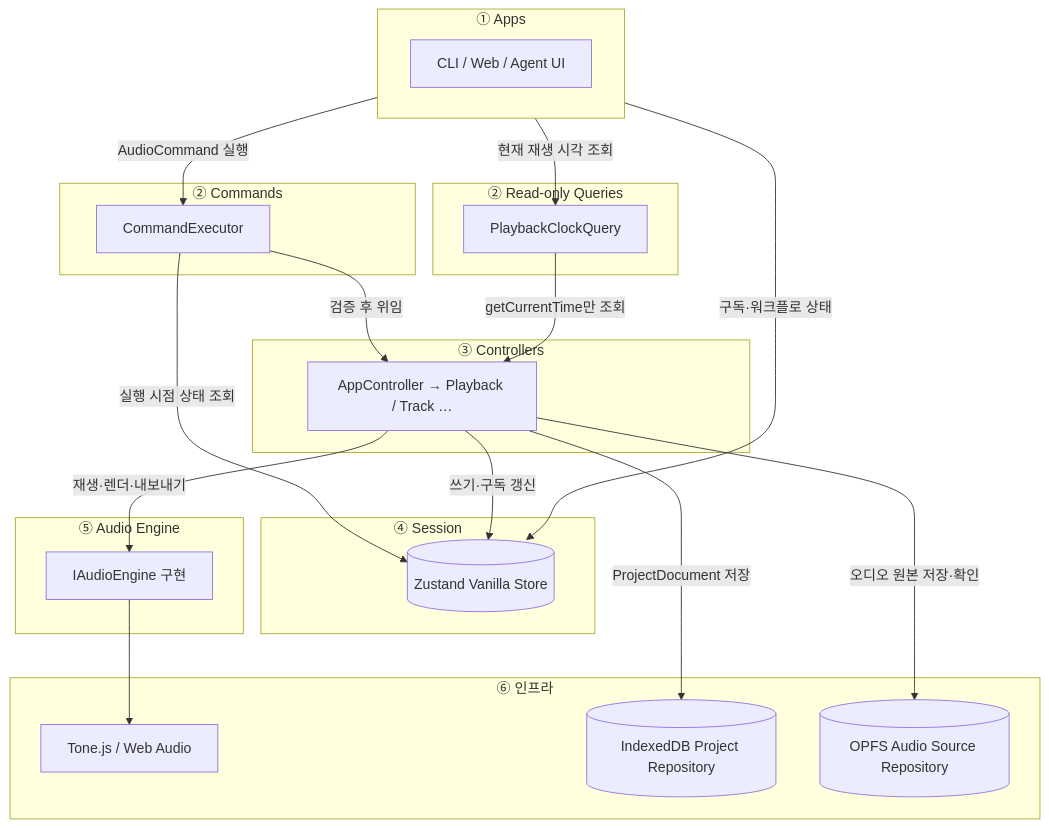
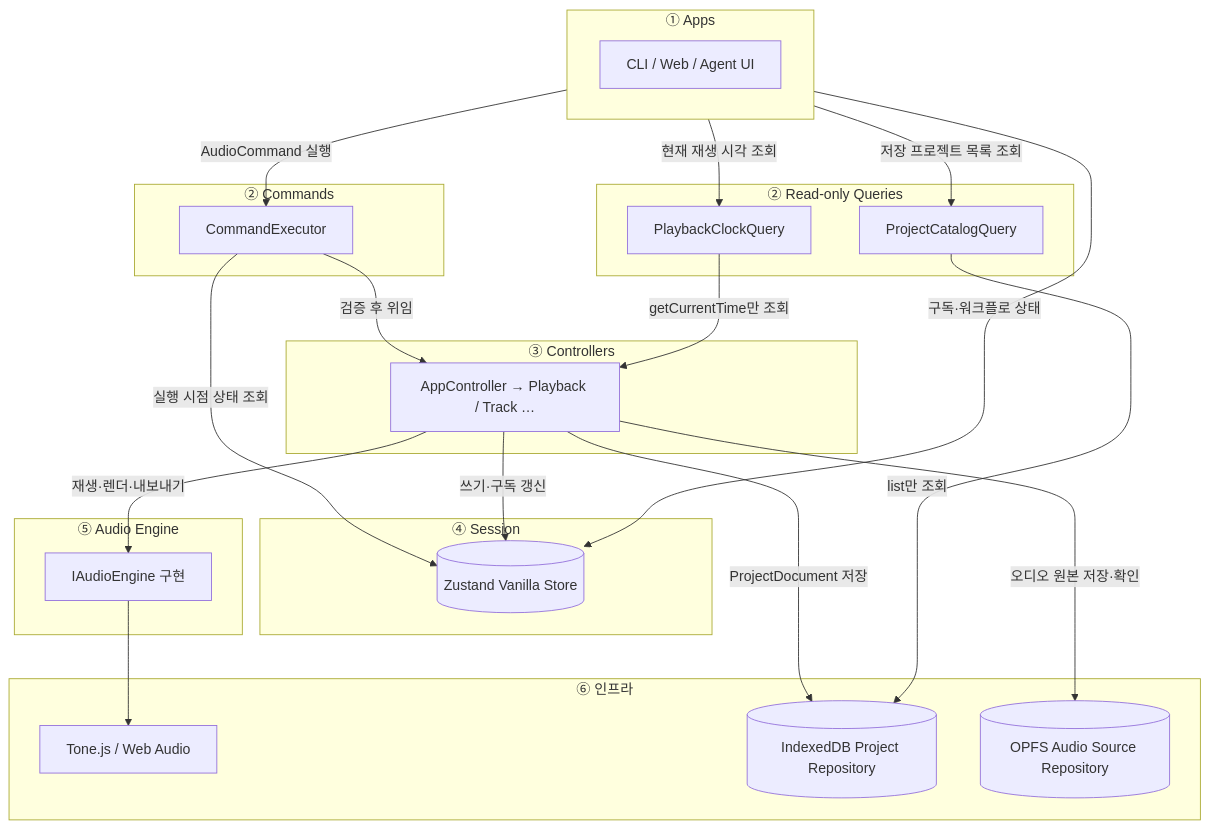
Before and after one commit to whizzkid1452/drop-ai: the first of 4 diagrams in docs/architecture.md, drawn with Mermaid. The commit also changed other lines of this file and 23 other files, not shown here.

Commit message:
feat(project): 프로젝트 불러오기 경로 연결

````diff
--- a/docs/architecture.md
+++ b/docs/architecture.md
@@ -21,46 +22,49 @@
 ```mermaid
 flowchart TB
     subgraph apps["① Apps"]
         direction LR
         A["CLI / Web / Agent UI"]
     end
 
     subgraph command["② Commands"]
         CE["CommandExecutor"]
     end
 
     subgraph query["② Read-only Queries"]
         Q["PlaybackClockQuery"]
+        CQ["ProjectCatalogQuery"]
     end
 
     subgraph ctrl["③ Controllers"]
         AC["AppController → Playback / Track …"]
     end
 
     subgraph state["④ Session"]
         SS[("Zustand Vanilla Store")]
     end
 
     subgraph ae["⑤ Audio Engine"]
         IAE["IAudioEngine 구현"]
     end
 
     subgraph low["⑥ 인프라"]
         T["Tone.js / Web Audio"]
         PR[("IndexedDB Project Repository")]
         AR[("OPFS Audio Source Repository")]
     end
 
     A -->|"AudioCommand 실행"| CE
     A -->|"현재 재생 시각 조회"| Q
+    A -->|"저장 프로젝트 목록 조회"| CQ
     A -->|"구독·워크플로 상태"| SS
 
     CE -->|"검증 후 위임"| AC
     CE -->|"실행 시점 상태 조회"| SS
     AC -->|"쓰기·구독 갱신"| SS
     AC -->|"재생·렌더·내보내기"| IAE
     AC -->|"ProjectDocument 저장"| PR
     AC -->|"오디오 원본 저장·확인"| AR
     Q -->|"getCurrentTime만 조회"| AC
+    CQ -->|"list만 조회"| PR
     IAE --> T
 ```
````
